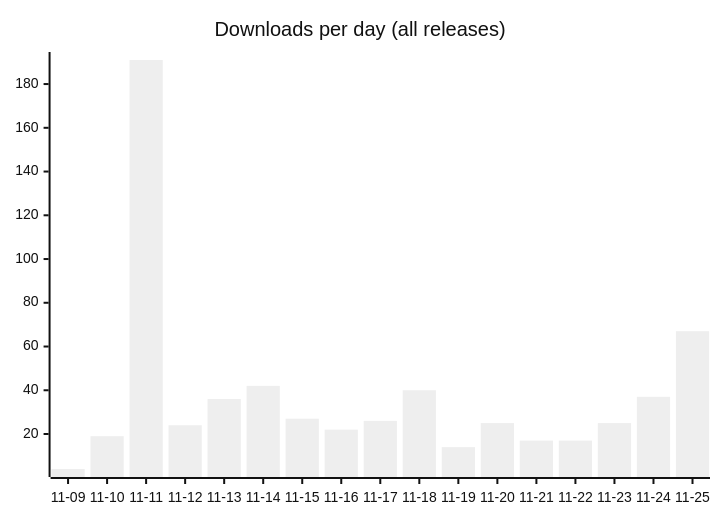
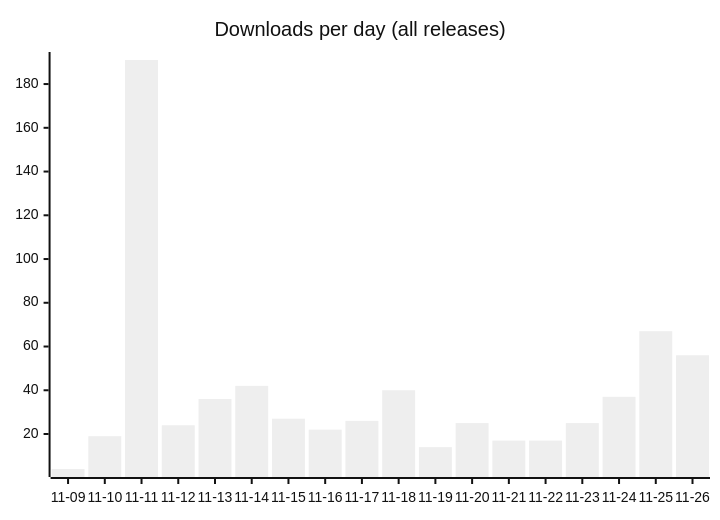
The first of 2 diagrams in README.md (fmadore/Live-translation), drawn with Mermaid (neutral theme) before and after one commit. The commit also changed other lines of this file and 3 other files, not shown here.

````diff
--- a/README.md
+++ b/README.md
@@ -58,6 +58,6 @@
 ```mermaid
 xychart-beta
     title "Downloads per day (all releases)"
-    x-axis ["11-09", "11-10", "11-11", "11-12", "11-13", "11-14", "11-15", "11-16", "11-17", "11-18", "11-19", "11-20", "11-21", "11-22", "11-23", "11-24", "11-25"]
-    bar [4, 19, 191, 24, 36, 42, 27, 22, 26, 40, 14, 25, 17, 17, 25, 37, 67]
+    x-axis ["11-09", "11-10", "11-11", "11-12", "11-13", "11-14", "11-15", "11-16", "11-17", "11-18", "11-19", "11-20", "11-21", "11-22", "11-23", "11-24", "11-25", "11-26"]
+    bar [4, 19, 191, 24, 36, 42, 27, 22, 26, 40, 14, 25, 17, 17, 25, 37, 67, 56]
 ```
````
